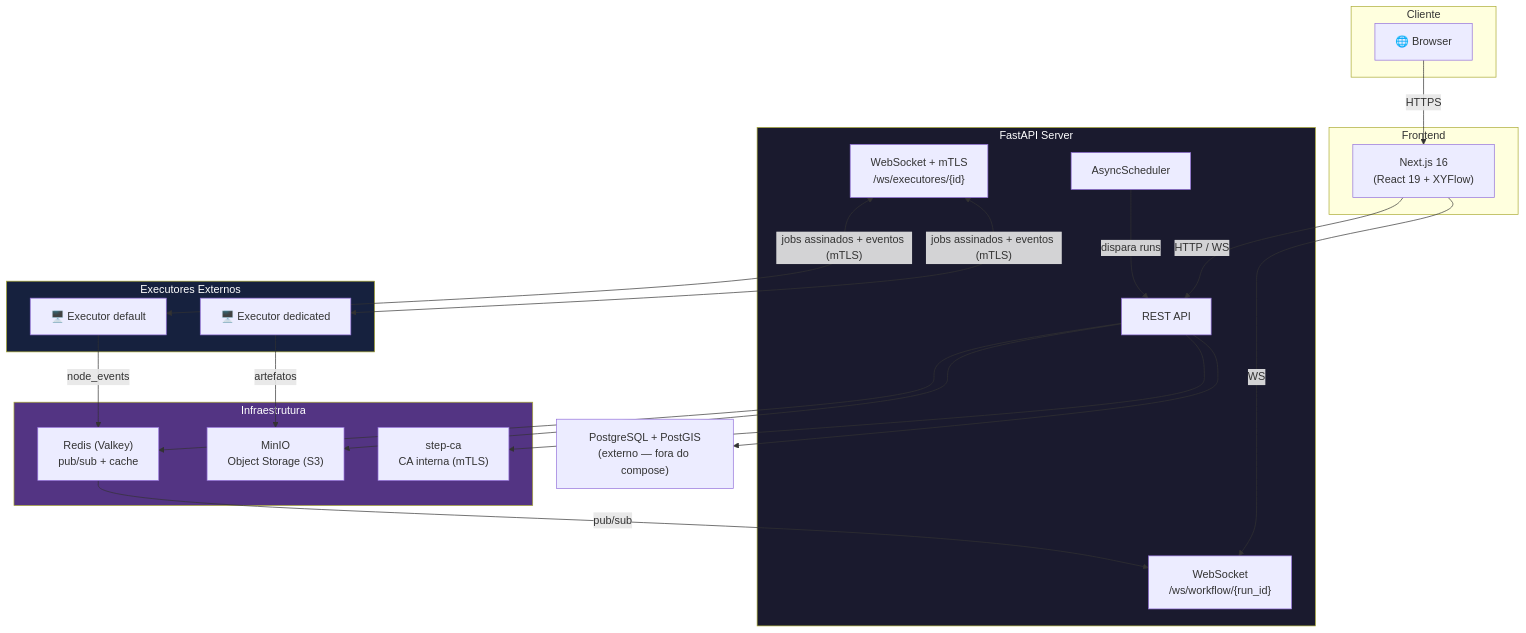
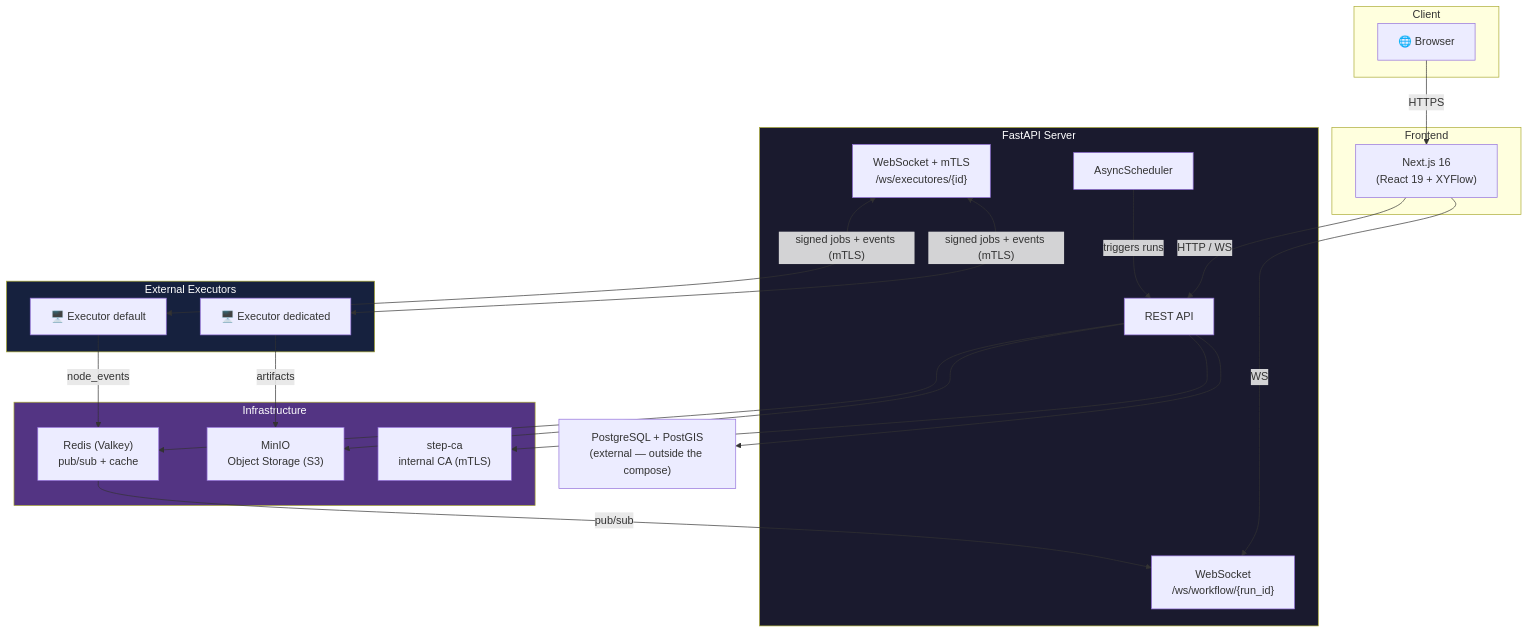
The first of 3 diagrams in README.md (jlanio/atlans), drawn with Mermaid before and after one commit. The commit also changed other lines of this file and 41 other files, not shown here.

````diff
--- a/README.md
+++ b/README.md
@@ -66,48 +66,48 @@
 ```mermaid
 graph TB
-    subgraph Cliente
+    subgraph Cliente["Client"]
         Browser["🌐 Browser"]
     end
 
     subgraph Frontend
         Next["Next.js 16<br/>(React 19 + XYFlow)"]
     end
 
     subgraph API["FastAPI Server"]
         REST["REST API"]
         WS_LOG["WebSocket<br/>/ws/workflow/{run_id}"]
         WS_EXEC["WebSocket + mTLS<br/>/ws/executores/{id}"]
         SCHED["AsyncScheduler"]
     end
 
-    subgraph Infra["Infraestrutura"]
+    subgraph Infra["Infrastructure"]
         Redis["Redis (Valkey)<br/>pub/sub + cache"]
         MinIO["MinIO<br/>Object Storage (S3)"]
-        StepCA["step-ca<br/>CA interna (mTLS)"]
+        StepCA["step-ca<br/>internal CA (mTLS)"]
     end
 
-    PG["PostgreSQL + PostGIS<br/>(externo — fora do compose)"]
+    PG["PostgreSQL + PostGIS<br/>(external — outside the compose)"]
 
-    subgraph Executores["Executores Externos"]
+    subgraph Executores["External Executors"]
         EX1["🖥️ Executor default"]
         EX2["🖥️ Executor dedicated"]
     end
 
     Browser -->|HTTPS| Next
     Next -->|HTTP / WS| REST
     Next -->|WS| WS_LOG
     REST --> PG
     REST --> Redis
     REST --> MinIO
     REST --> StepCA
-    SCHED -->|"dispara runs"| REST
-    WS_EXEC <-->|"jobs assinados + eventos (mTLS)"| EX1
-    WS_EXEC <-->|"jobs assinados + eventos (mTLS)"| EX2
+    SCHED -->|"triggers runs"| REST
+    WS_EXEC <-->|"signed jobs + events (mTLS)"| EX1
+    WS_EXEC <-->|"signed jobs + events (mTLS)"| EX2
     EX1 -->|"node_events"| Redis
-    EX2 -->|"artefatos"| MinIO
+    EX2 -->|"artifacts"| MinIO
     Redis -->|"pub/sub"| WS_LOG
 
     style API fill:#1a1a2e,color:#fff
     style Executores fill:#16213e,color:#fff
     style Infra fill:#533483,color:#fff
 ```
````
